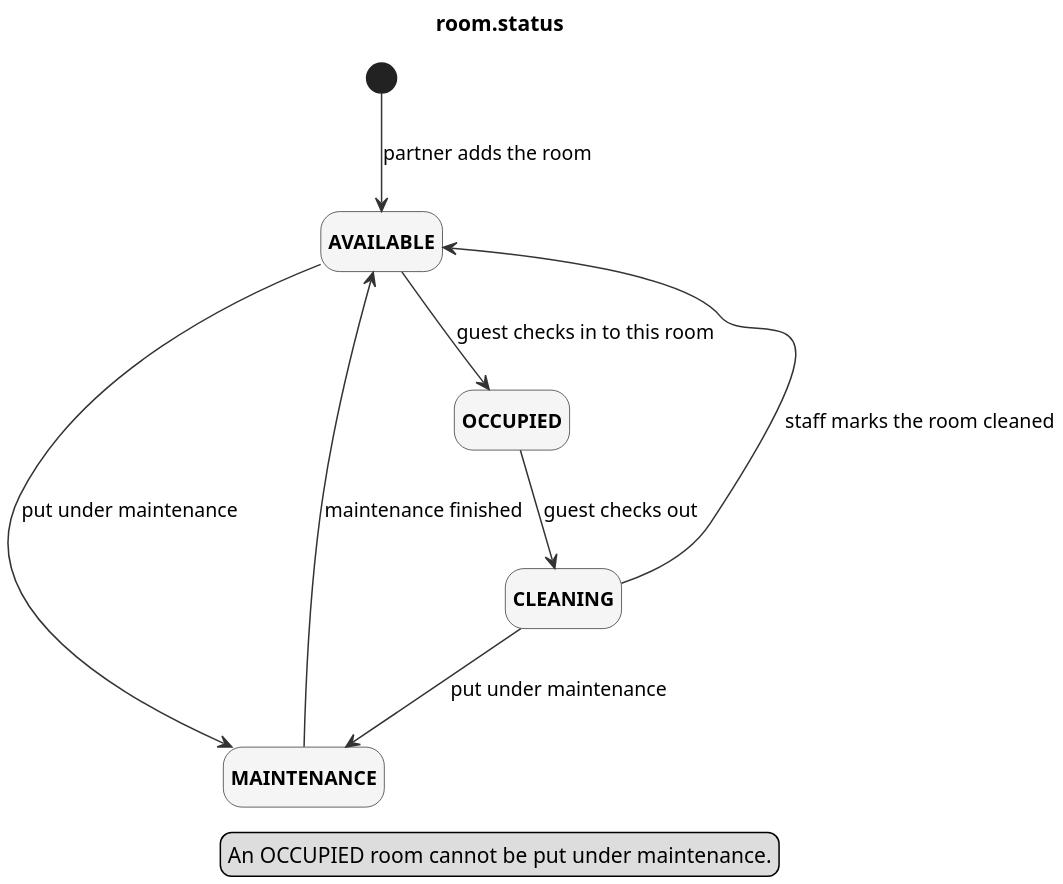
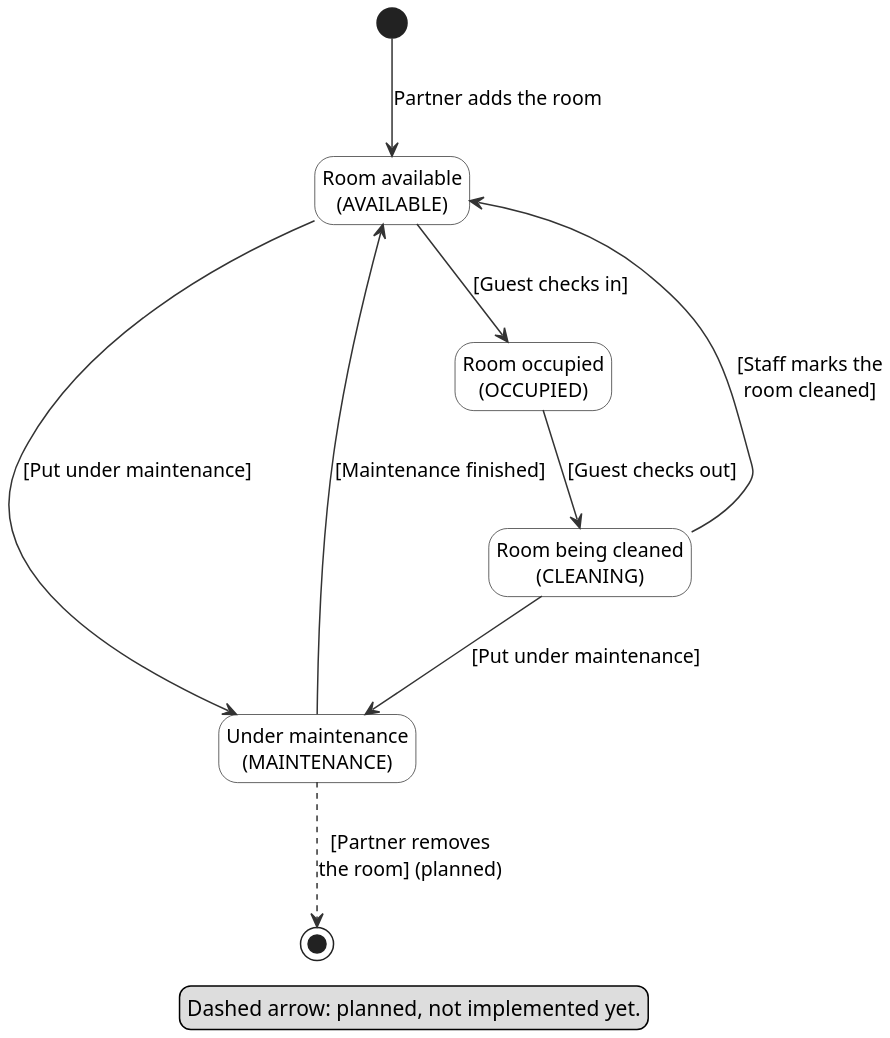
The diagram in docs/diagrams/st_room_en.puml (KnightChovy/stay-reco), drawn with PlantUML before and after one commit. The commit also changed 18 other files, not shown here.

First line of the commit message:
docs: diagram sources match every Report 4 figure

```diff
--- a/docs/diagrams/st_room_en.puml
+++ b/docs/diagrams/st_room_en.puml
@@ -1,25 +1,28 @@
 @startuml
+' State machine of room.status (Report 4, Figure 21). States show the label of the figure and the value stored in the code.
 skinparam dpi 180
 skinparam shadowing false
 skinparam defaultFontName Helvetica
 skinparam defaultFontSize 13
 skinparam state {
-  BackgroundColor #F5F5F5
+  BackgroundColor #FFFFFF
   BorderColor #333333
-  FontStyle bold
 }
 skinparam ArrowColor #333333
 hide empty description
-
-title room.status
-[*] --> AVAILABLE : partner adds the room
-AVAILABLE --> MAINTENANCE : put under maintenance
-MAINTENANCE --> AVAILABLE : maintenance finished
-AVAILABLE --> OCCUPIED : guest checks in to this room
-OCCUPIED --> CLEANING : guest checks out
-CLEANING --> AVAILABLE : staff marks the room cleaned
-CLEANING --> MAINTENANCE : put under maintenance
+state "Room available\n(AVAILABLE)" as AVAILABLE
+state "Under maintenance\n(MAINTENANCE)" as MAINTENANCE
+state "Room occupied\n(OCCUPIED)" as OCCUPIED
+state "Room being cleaned\n(CLEANING)" as CLEANING
+[*] --> AVAILABLE : Partner adds the room
+AVAILABLE --> MAINTENANCE : [Put under maintenance]
+MAINTENANCE --> AVAILABLE : [Maintenance finished]
+AVAILABLE --> OCCUPIED : [Guest checks in]
+OCCUPIED --> CLEANING : [Guest checks out]
+CLEANING --> AVAILABLE : [Staff marks the\nroom cleaned]
+CLEANING --> MAINTENANCE : [Put under maintenance]
+MAINTENANCE -[dashed]-> [*] : [Partner removes\nthe room] (planned)
 legend bottom
-An OCCUPIED room cannot be put under maintenance.
+Dashed arrow: planned, not implemented yet.
 endlegend
 @enduml
```
